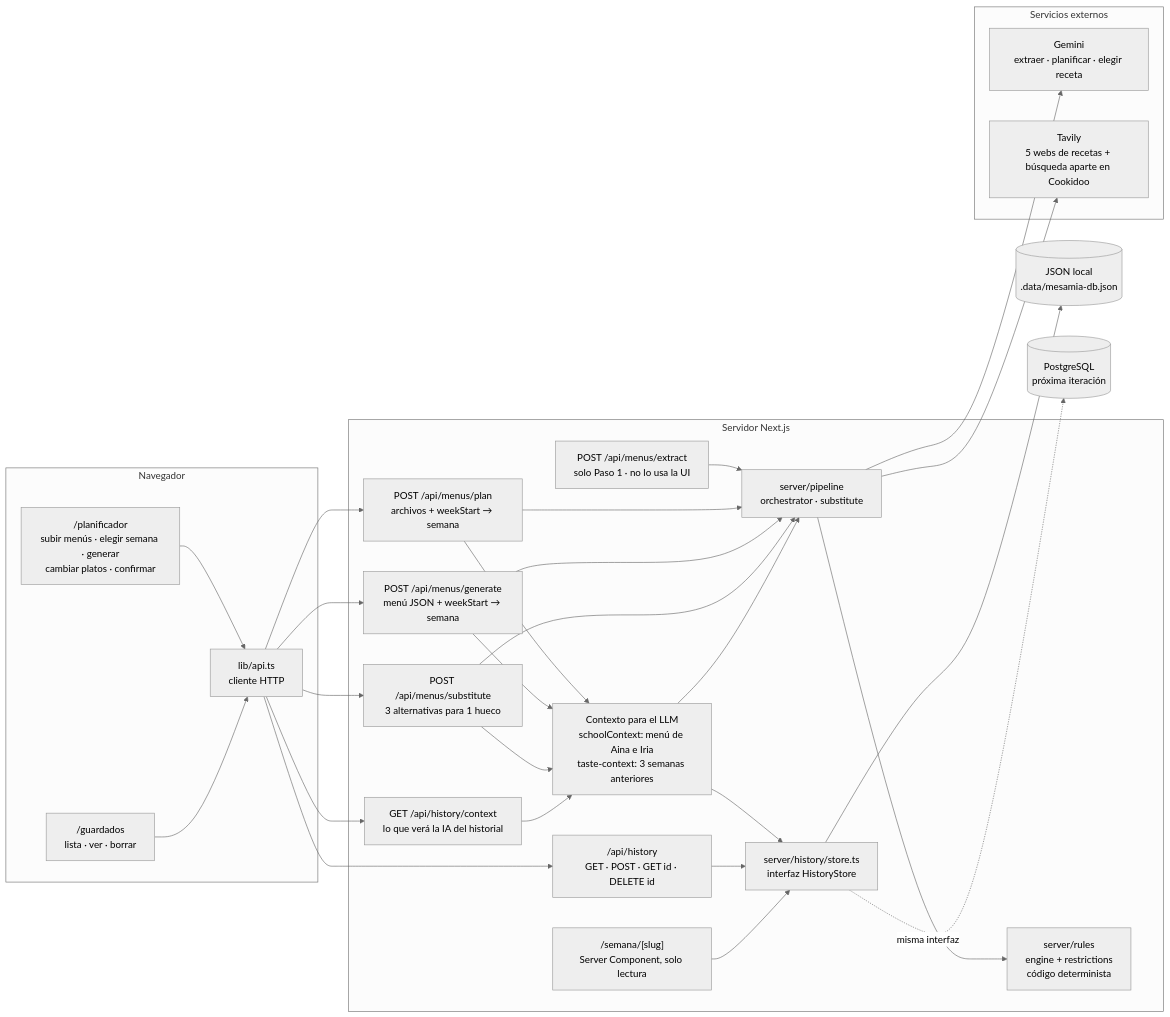
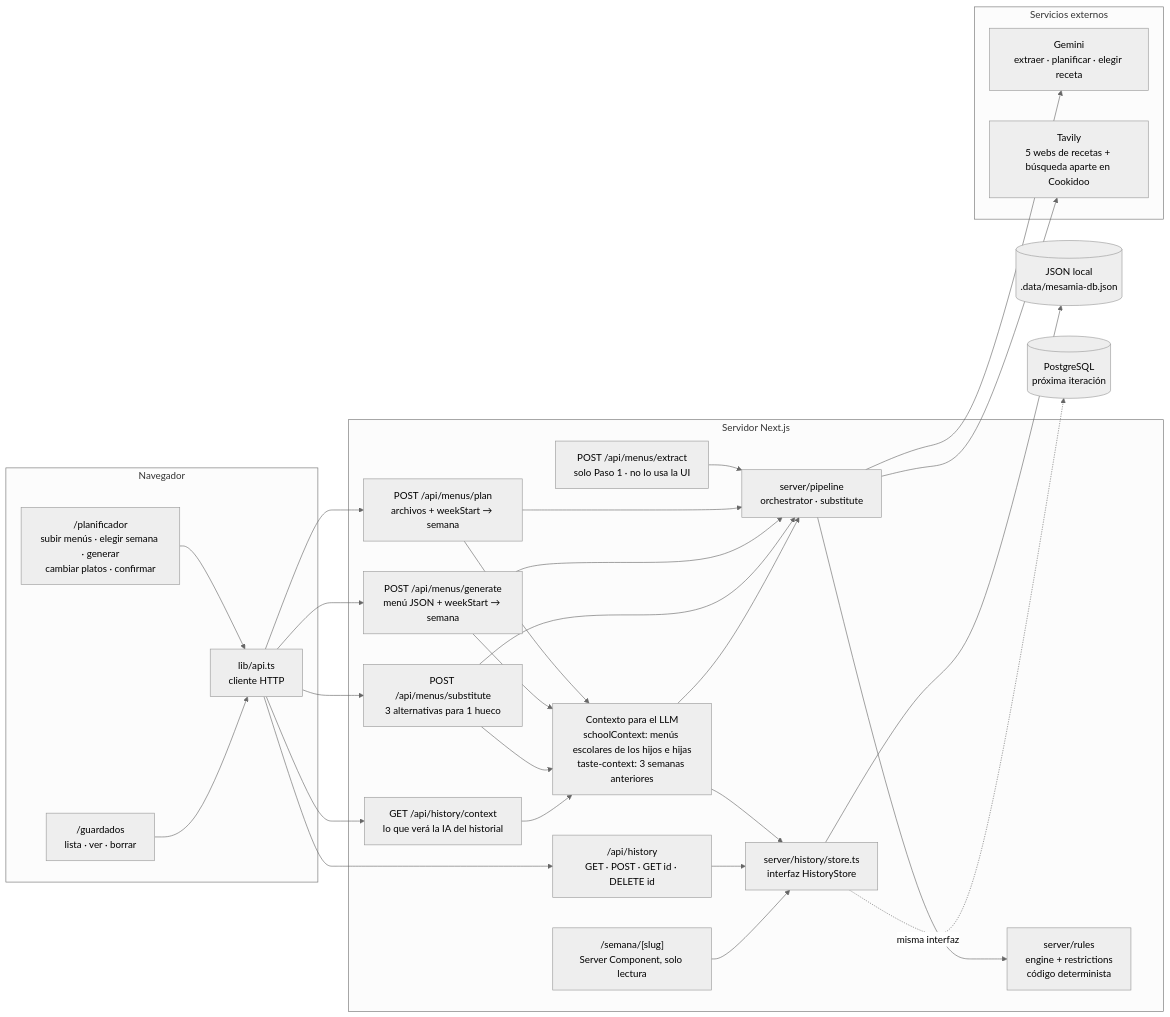
One commit to borjarfp/mesamia changed the first of 4 diagrams in docs/arquitectura.md. Above: the diagram before and after it, drawn with Mermaid (neutral theme). The commit also changed other lines of this file and 28 other files, not shown here.

````diff
--- a/docs/arquitectura.md
+++ b/docs/arquitectura.md
@@ -20,45 +20,45 @@
 ```mermaid
 flowchart LR
   subgraph NAV["Navegador"]
     P["/planificador<br/>subir menús · elegir semana · generar<br/>cambiar platos · confirmar"]
     G["/guardados<br/>lista · ver · borrar"]
     C["lib/api.ts<br/>cliente HTTP"]
     P --> C
     G --> C
   end
 
   subgraph SRV["Servidor Next.js"]
     SEM["/semana/[slug]<br/>Server Component, solo lectura"]
     R0["POST /api/menus/extract<br/>solo Paso 1 · no lo usa la UI"]
     R1["POST /api/menus/plan<br/>archivos + weekStart → semana"]
     R2["POST /api/menus/generate<br/>menú JSON + weekStart → semana"]
     R3["POST /api/menus/substitute<br/>3 alternativas para 1 hueco"]
     R4["/api/history<br/>GET · POST · GET id · DELETE id"]
     R5["GET /api/history/context<br/>lo que verá la IA del historial"]
     PIPE["server/pipeline<br/>orchestrator · substitute"]
-    CTX["Contexto para el LLM<br/>schoolContext: menú de Aina e Iria<br/>taste-context: 3 semanas anteriores"]
+    CTX["Contexto para el LLM<br/>schoolContext: menús escolares de los hijos e hijas<br/>taste-context: 3 semanas anteriores"]
     RULES["server/rules<br/>engine + restrictions<br/>código determinista"]
     STORE["server/history/store.ts<br/>interfaz HistoryStore"]
   end
 
   subgraph EXT["Servicios externos"]
     GEM["Gemini<br/>extraer · planificar · elegir receta"]
     TAV["Tavily<br/>5 webs de recetas + búsqueda aparte en Cookidoo"]
   end
 
   DB[("JSON local<br/>.data/mesamia-db.json")]
   PG[("PostgreSQL<br/>próxima iteración")]
 
   C --> R1 & R2 & R3 & R4 & R5
   R0 & R1 & R2 & R3 --> PIPE
   R1 & R2 & R3 & R5 --> CTX
   CTX --> STORE
   CTX --> PIPE
   PIPE --> RULES
   PIPE --> GEM
   PIPE --> TAV
   R4 --> STORE
   SEM --> STORE
   STORE --> DB
   STORE -. "misma interfaz" .-> PG
 ```
````
